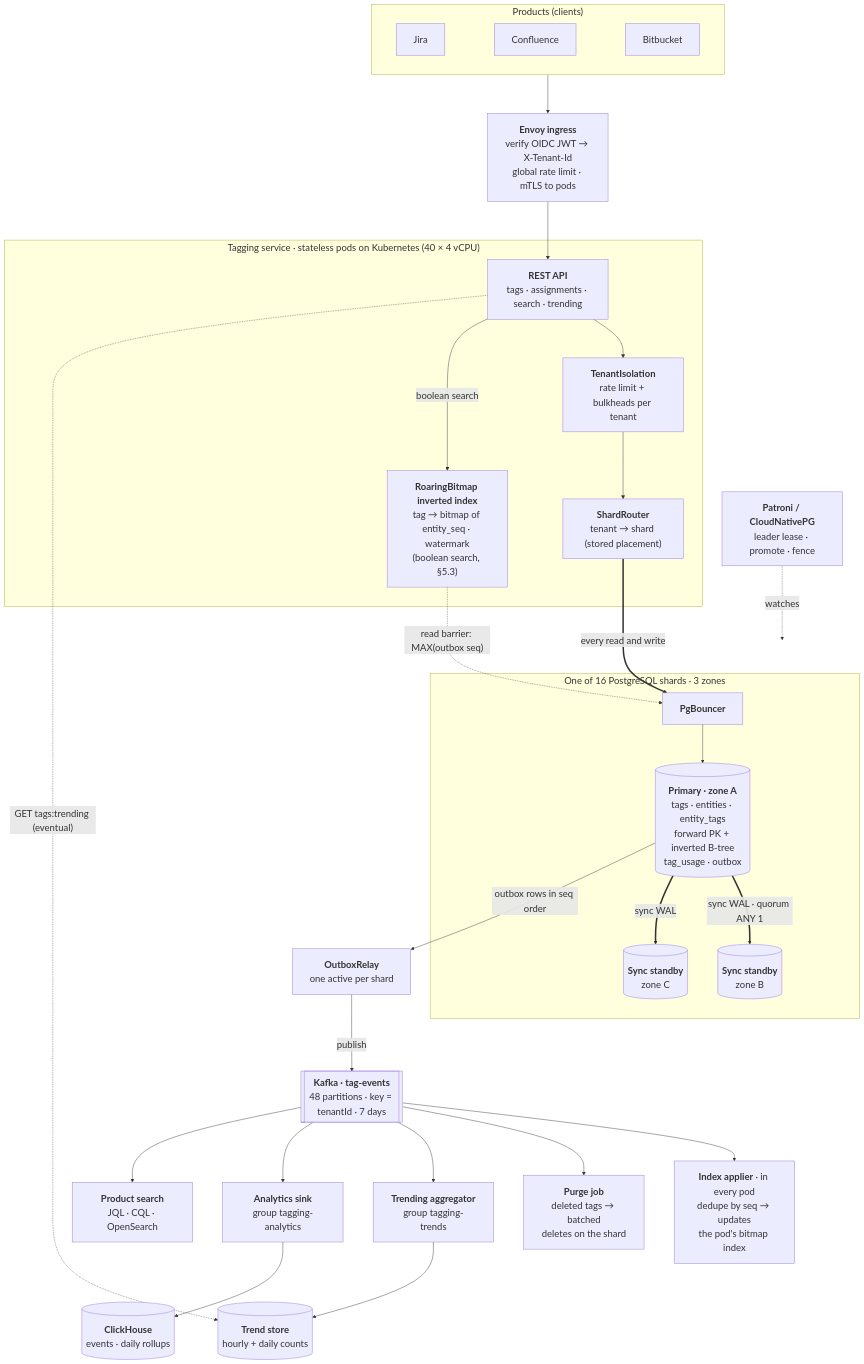
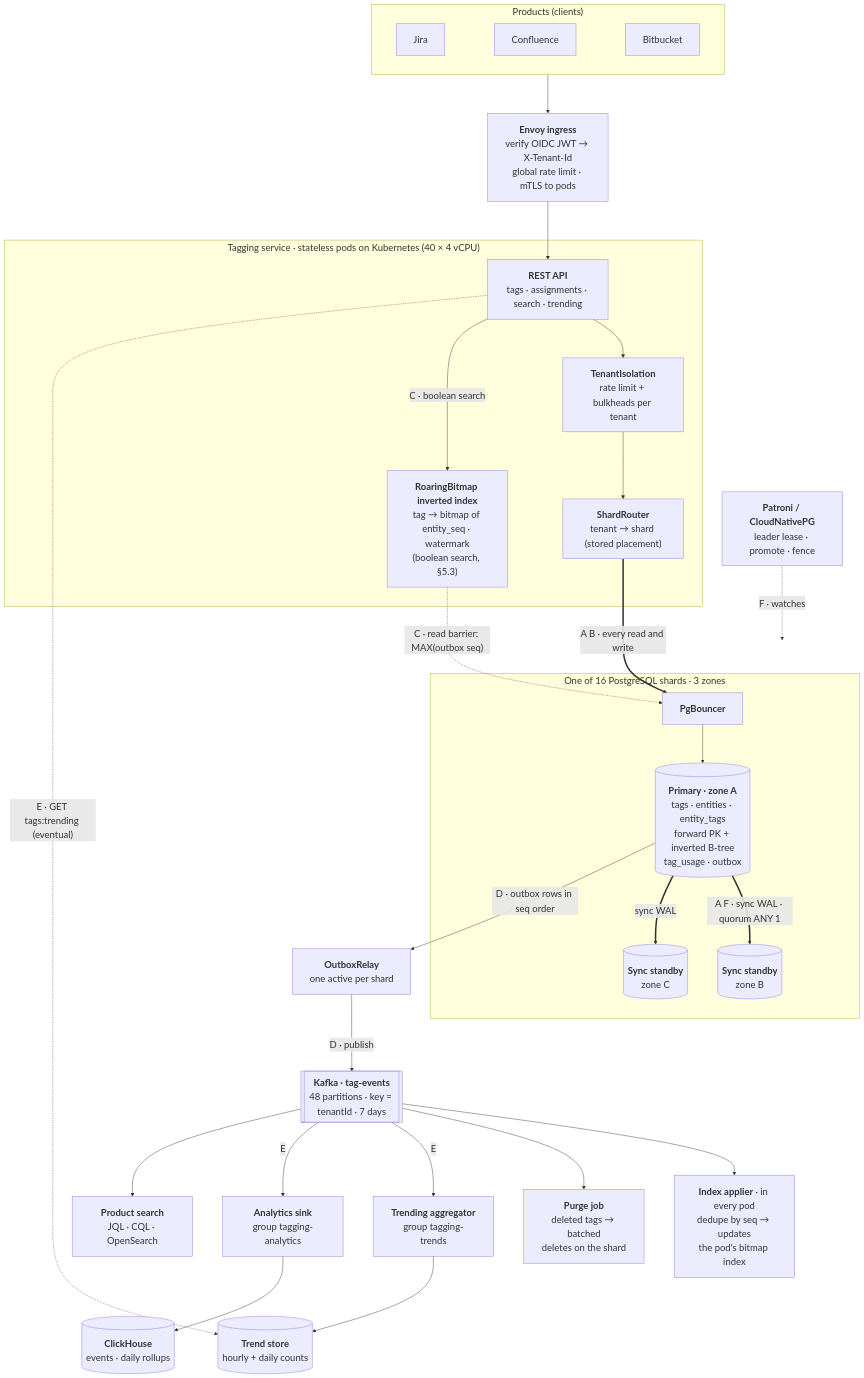
The seventh of 11 diagrams in tagging/INTERVIEW.md (deyindra/System_Design), drawn with Mermaid before and after one commit. The commit also changed other lines of this file, not shown here.

````diff
--- a/tagging/INTERVIEW.md
+++ b/tagging/INTERVIEW.md
@@ -140,55 +276,55 @@
 ```mermaid
 %%{init: {"flowchart": {"nodeSpacing": 70, "rankSpacing": 90, "padding": 20}, "themeVariables": {"fontSize": "22px"}}}%%
 flowchart TB
   subgraph CL["Products (clients)"]
     direction LR
     J["Jira"] ~~~ C["Confluence"] ~~~ B["Bitbucket"]
   end
 
   GW["<b>Envoy ingress</b><br/>verify OIDC JWT → X-Tenant-Id<br/>global rate limit · mTLS to pods"]
 
   subgraph SVC["Tagging service · stateless pods on Kubernetes (40 × 4 vCPU)"]
     API["<b>REST API</b><br/>tags · assignments · search · trending"]
     ISO["<b>TenantIsolation</b><br/>rate limit + bulkheads per tenant"]
     RT["<b>ShardRouter</b><br/>tenant → shard (stored placement)"]
     IDX["<b>RoaringBitmap inverted index</b><br/>tag → bitmap of entity_seq · watermark<br/>(boolean search, §5.3)"]
     API --> ISO --> RT
-    API -->|"boolean search"| IDX
+    API -->|"C · boolean search"| IDX
   end
 
   subgraph SH["One of 16 PostgreSQL shards · 3 zones"]
     PB["<b>PgBouncer</b>"]
     PG[("<b>Primary · zone A</b><br/>tags · entities · entity_tags<br/>forward PK + inverted B-tree<br/>tag_usage · outbox")]
     SB[("<b>Sync standby</b><br/>zone B")]
     SC[("<b>Sync standby</b><br/>zone C")]
     PB --> PG
-    PG == "sync WAL · quorum ANY 1" ==> SB
+    PG == "A F · sync WAL · quorum ANY 1" ==> SB
     PG == "sync WAL" ==> SC
   end
 
   HA["<b>Patroni / CloudNativePG</b><br/>leader lease · promote · fence"]
   REL["<b>OutboxRelay</b><br/>one active per shard"]
   K[["<b>Kafka · tag-events</b><br/>48 partitions · key = tenantId · 7 days"]]
 
   IA["<b>Index applier</b> · in every pod<br/>dedupe by seq → updates<br/>the pod's bitmap index"]
   PJ["<b>Purge job</b><br/>deleted tags → batched<br/>deletes on the shard"]
   TA["<b>Trending aggregator</b><br/>group tagging-trends"]
   AN["<b>Analytics sink</b><br/>group tagging-analytics"]
   PS["<b>Product search</b><br/>JQL · CQL · OpenSearch"]
 
   TS[("<b>Trend store</b><br/>hourly + daily counts")]
   CH[("<b>ClickHouse</b><br/>events · daily rollups")]
 
   CL --> GW --> API
-  RT ==>|"every read and write"| PB
-  IDX -. "read barrier: MAX(outbox seq)" .-> PB
-  HA -. "watches" .-> SH
-  PG -->|"outbox rows in seq order"| REL
-  REL -->|"publish"| K
+  RT ==>|"A B · every read and write"| PB
+  IDX -. "C · read barrier: MAX(outbox seq)" .-> PB
+  HA -. "F · watches" .-> SH
+  PG -->|"D · outbox rows in seq order"| REL
+  REL -->|"D · publish"| K
   K --> IA
   K --> PJ
-  K --> TA --> TS
-  K --> AN --> CH
+  K -->|"E"| TA --> TS
+  K -->|"E"| AN --> CH
   K --> PS
-  API -. "GET tags:trending (eventual)" .-> TS
+  API -. "E · GET tags:trending (eventual)" .-> TS
 ```
````
